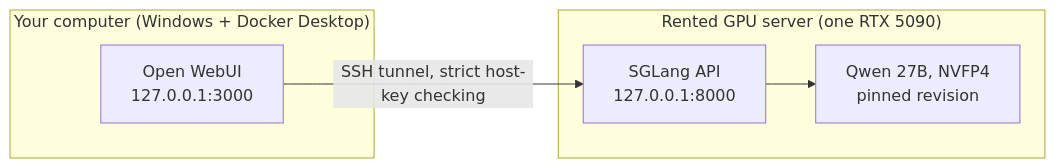
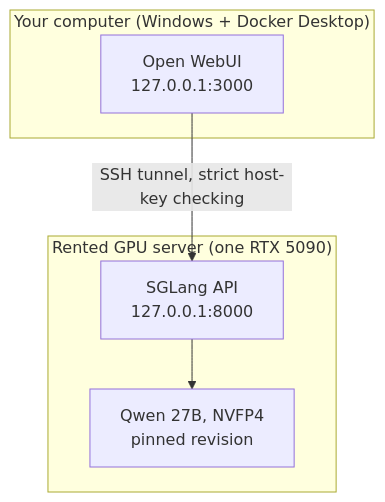
One commit to gkv856/run-uncensored-ai-rtx-5090 changed the diagram in README.md. Above: the diagram before and after it, drawn with Mermaid. The commit also changed other lines of this file, not shown here.

First line of the commit message:
Polish README table headers and diagram layout

````diff
--- a/README.md
+++ b/README.md
@@ -142,12 +142,12 @@
 ```mermaid
-flowchart LR
+flowchart TB
     subgraph PC["Your computer (Windows + Docker Desktop)"]
         UI["Open WebUI<br/>127.0.0.1:3000"]
     end
     subgraph GPU["Rented GPU server (one RTX 5090)"]
         API["SGLang API<br/>127.0.0.1:8000"]
         MODEL["Qwen 27B, NVFP4<br/>pinned revision"]
         API --> MODEL
     end
     UI -- "SSH tunnel, strict host-key checking" --> API
 ```
````
